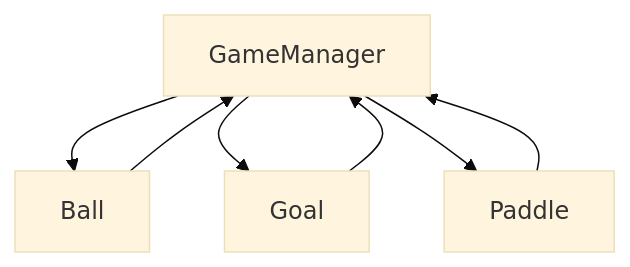
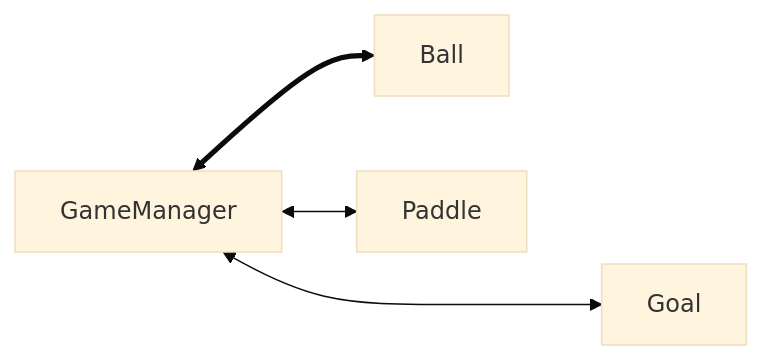
Before and after one commit to s8st/pong0307: the diagram in README.md, drawn with Mermaid (base theme).

````diff
--- a/README.md
+++ b/README.md
@@ -9,7 +9,7 @@
 ```mermaid
-graph TD;
-    GameManager-->Ball-->GameManager;
-    GameManager-->Goal-->GameManager;
-    GameManager-->Paddle-->GameManager;
+graph LR;
+    GameManager <==> Ball;
+    GameManager <---> Goal
+    GameManager<-->Paddle
     
 ```
````
